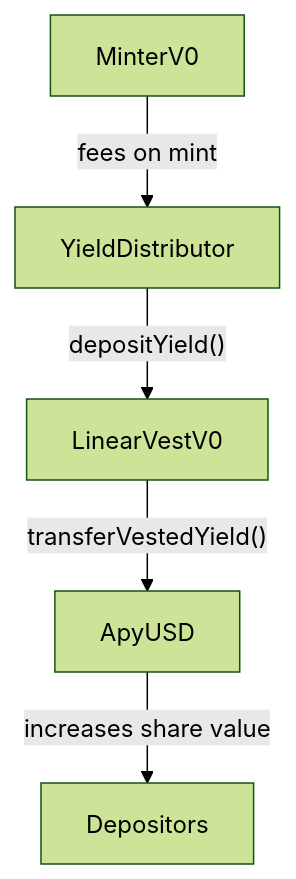
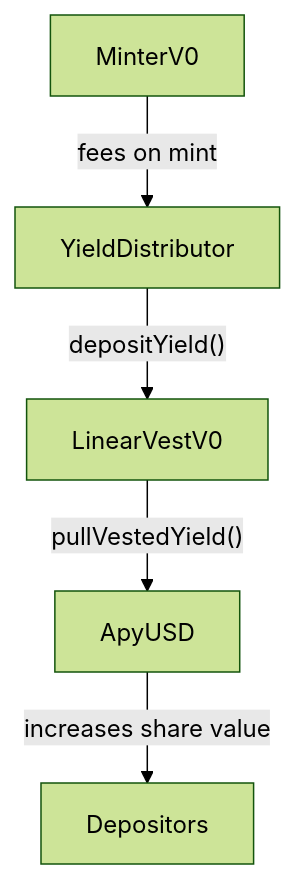
The third of 4 diagrams in README.md (apyx-labs/evm-contracts), drawn with Mermaid (forest theme) before and after one commit. The commit also changed other lines of this file, not shown here.

````diff
--- a/README.md
+++ b/README.md
@@ -96,7 +96,7 @@
 ```mermaid
 flowchart TB
     MinterV0 -->|"fees on mint"| YieldDistributor
     YieldDistributor -->|"depositYield()"| LinearVestV0
-    LinearVestV0 -->|"transferVestedYield()"| ApyUSD
+    LinearVestV0 -->|"pullVestedYield()"| ApyUSD
     ApyUSD -->|"increases share value"| Depositors
 ```
````
